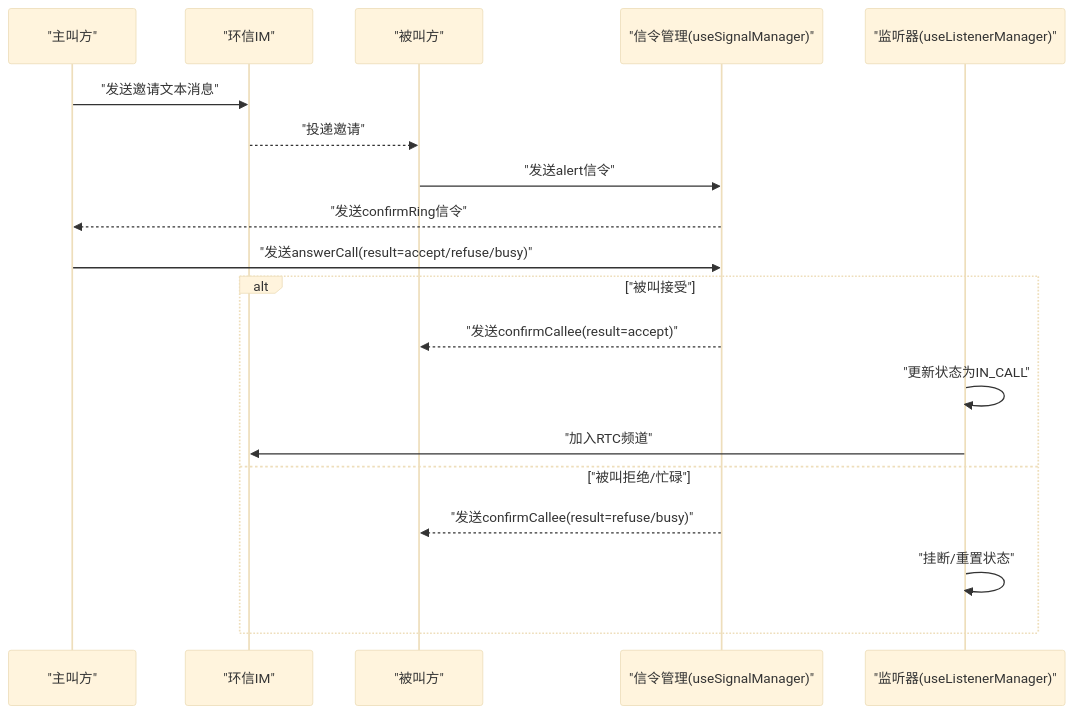
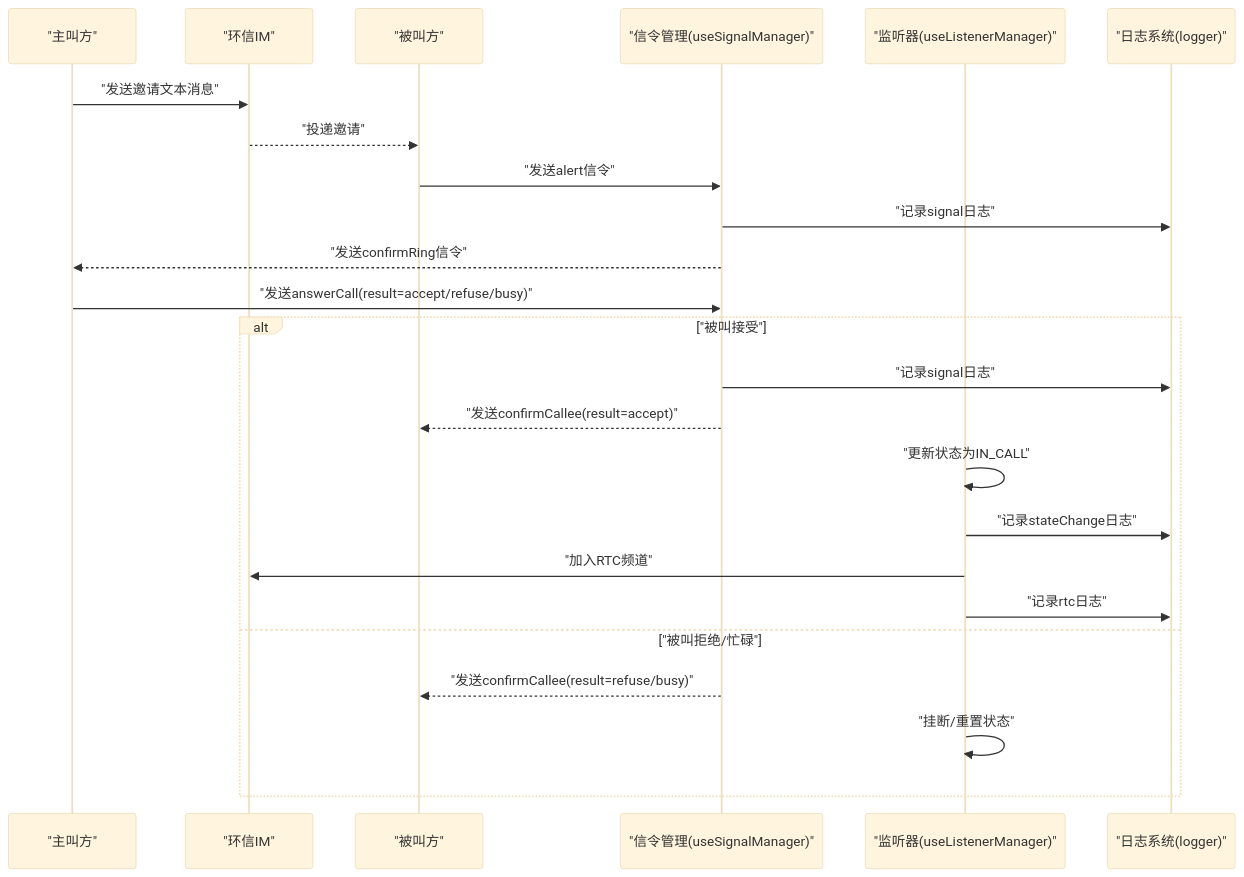
Before and after one commit to Easemob-Community/easemob-uikit-callkit-vue3: the third of 7 diagrams in .qoder/repowiki/zh/content/高级功能/高级功能.md, drawn with Mermaid (base theme). The commit also changed other lines of this file and 58 other files, not shown here.

````diff
--- a/.qoder/repowiki/zh/content/高级功能/高级功能.md
+++ b/.qoder/repowiki/zh/content/高级功能/高级功能.md
@@ -202,21 +236,26 @@
 ```mermaid
 sequenceDiagram
 participant Caller as "主叫方"
 participant IM as "环信IM"
 participant Callee as "被叫方"
 participant SM as "信令管理(useSignalManager)"
 participant LM as "监听器(useListenerManager)"
+participant LG as "日志系统(logger)"
 Caller->>IM : "发送邀请文本消息"
 IM-->>Callee : "投递邀请"
 Callee->>SM : "发送alert信令"
+SM->>LG : "记录signal日志"
 SM-->>Caller : "发送confirmRing信令"
 Caller->>SM : "发送answerCall(result=accept/refuse/busy)"
 alt "被叫接受"
+SM->>LG : "记录signal日志"
 SM-->>Callee : "发送confirmCallee(result=accept)"
 LM->>LM : "更新状态为IN_CALL"
+LM->>LG : "记录stateChange日志"
 LM->>IM : "加入RTC频道"
+LM->>LG : "记录rtc日志"
 else "被叫拒绝/忙碌"
 SM-->>Callee : "发送confirmCallee(result=refuse/busy)"
 LM->>LM : "挂断/重置状态"
 end
 ```
````
